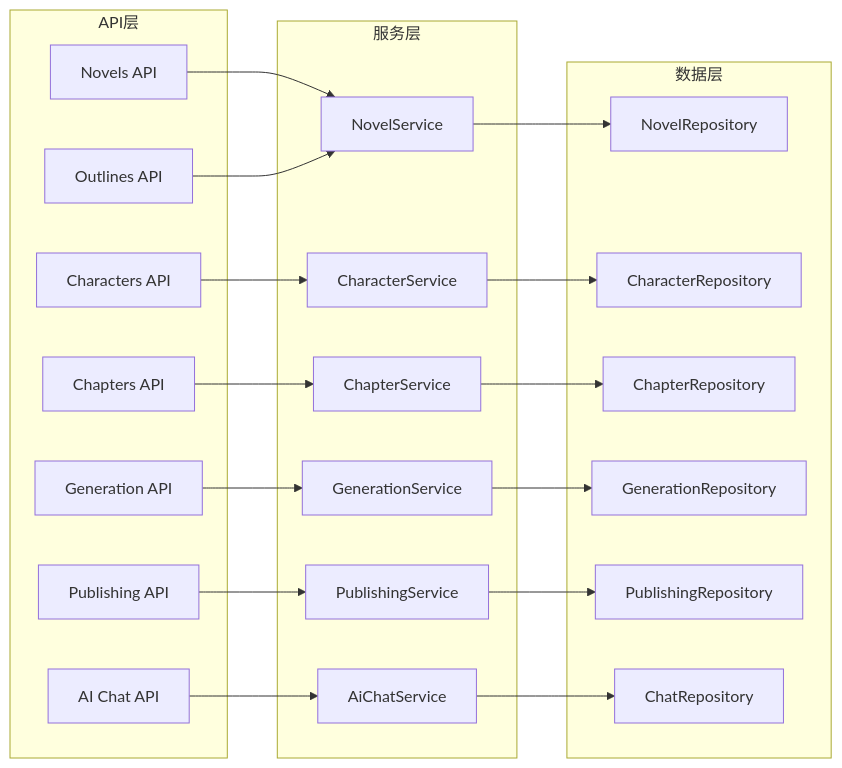
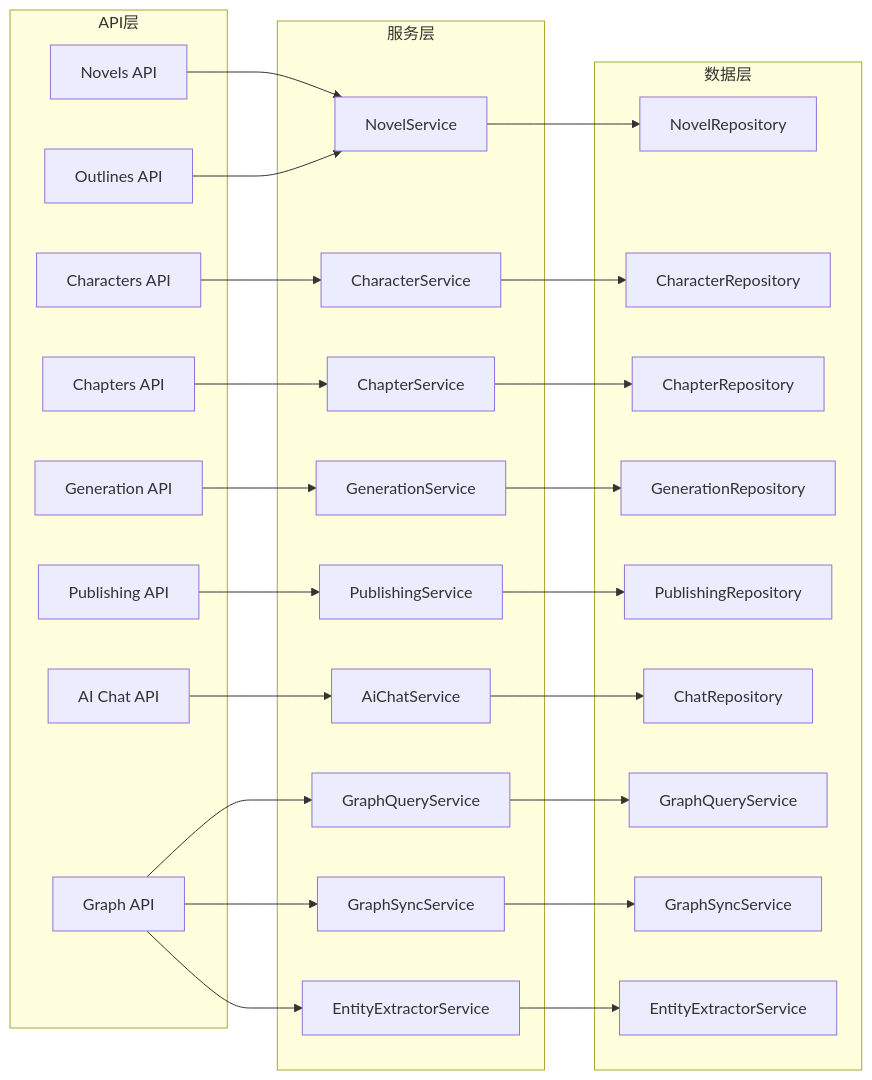
The seventh of 7 diagrams in .qoder/repowiki/zh/content/API接口文档/API接口文档.md (xfbyxq/ai-novel-system), drawn with Mermaid before and after one commit. The commit also changed other lines of this file and 19 other files, not shown here.

First line of the commit message:
feat(graph): 新增图数据库完整支持与AI聊天集成

````diff
--- a/.qoder/repowiki/zh/content/API接口文档/API接口文档.md
+++ b/.qoder/repowiki/zh/content/API接口文档/API接口文档.md
@@ -485,41 +659,54 @@
 ```mermaid
 graph LR
 subgraph "API层"
 A1[Novels API]
 A2[Characters API]
 A3[Chapters API]
 A4[Generation API]
 A5[Publishing API]
 A6[AI Chat API]
 A7[Outlines API]
+A8[Graph API]
 end
 subgraph "服务层"
 S1[NovelService]
 S2[CharacterService]
 S3[ChapterService]
 S4[GenerationService]
 S5[PublishingService]
 S6[AiChatService]
+S7[GraphQueryService]
+S8[GraphSyncService]
+S9[EntityExtractorService]
 end
 subgraph "数据层"
 D1[NovelRepository]
 D2[CharacterRepository]
 D3[ChapterRepository]
 D4[GenerationRepository]
 D5[PublishingRepository]
 D6[ChatRepository]
+D7[GraphQueryService]
+D8[GraphSyncService]
+D9[EntityExtractorService]
 end
 A1 --> S1
 A2 --> S2
 A3 --> S3
 A4 --> S4
 A5 --> S5
 A6 --> S6
 A7 --> S1
+A8 --> S7
+A8 --> S8
+A8 --> S9
 S1 --> D1
 S2 --> D2
 S3 --> D3
 S4 --> D4
 S5 --> D5
 S6 --> D6
+S7 --> D7
+S8 --> D8
+S9 --> D9
 ```
````
